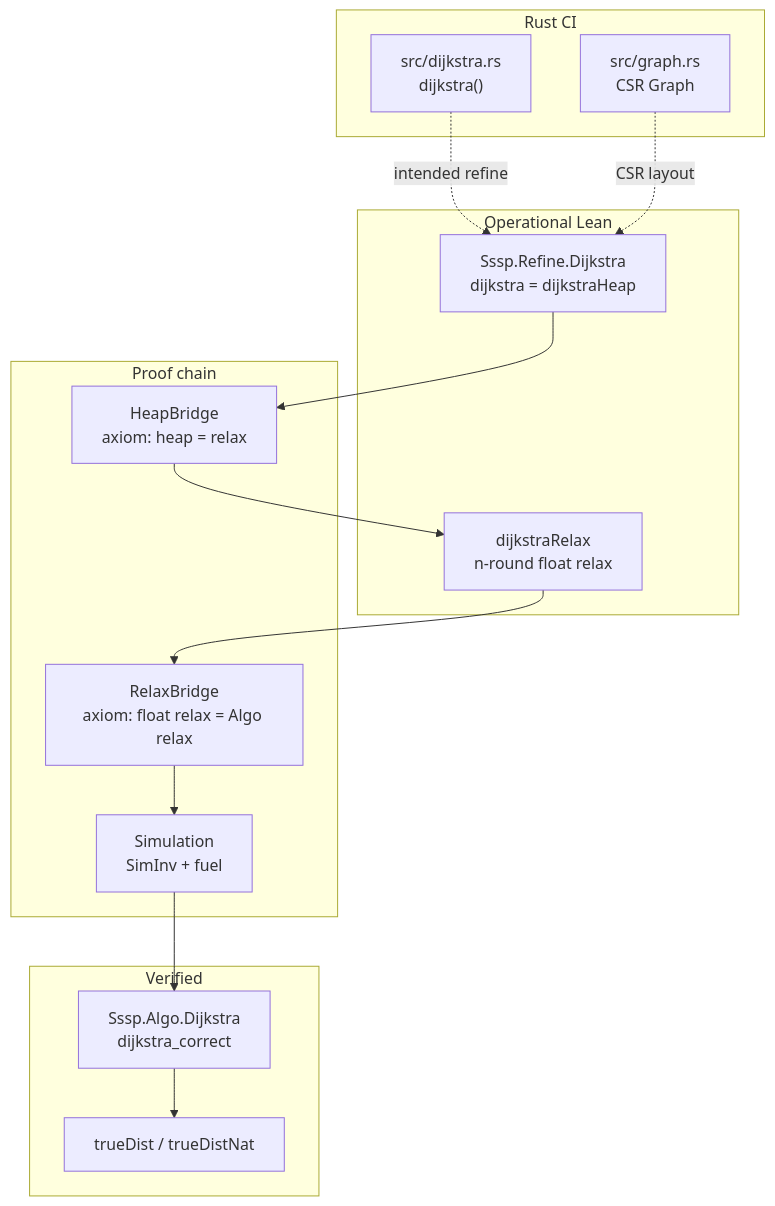
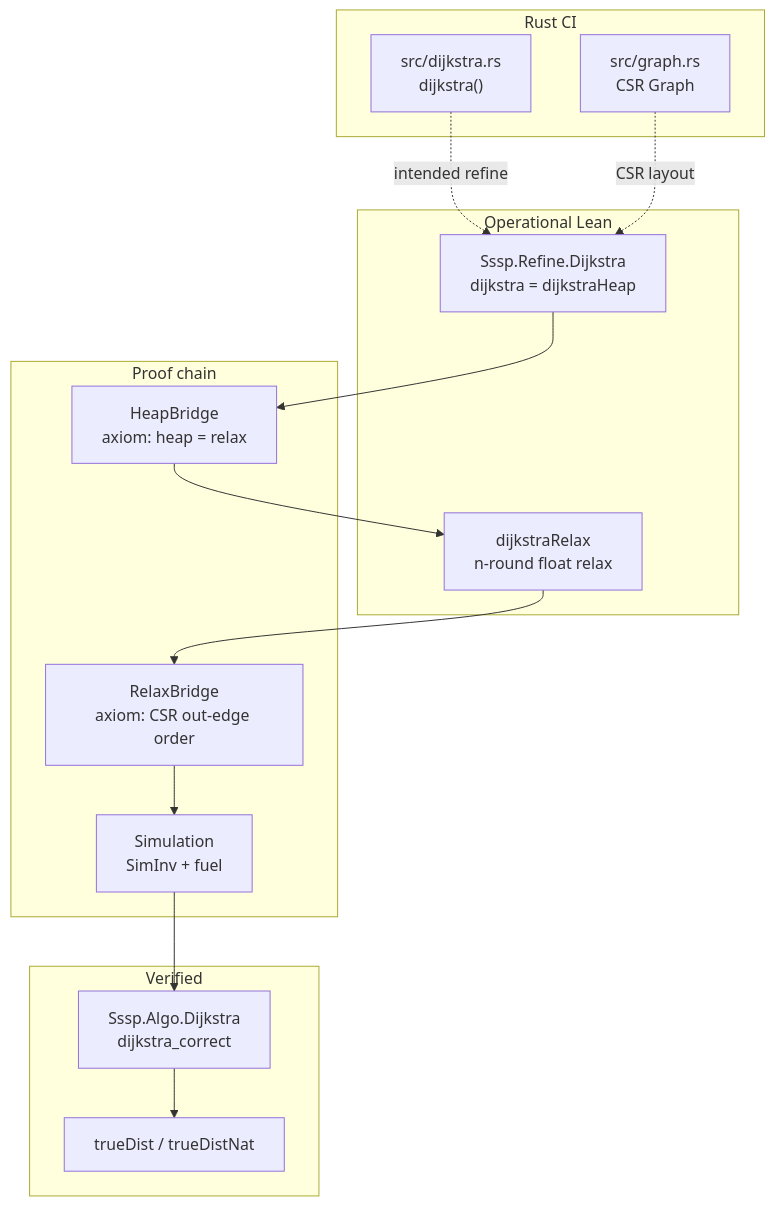
One commit to ilerik/graphs-bench changed the diagram in formal/VERIFICATION.md. Above: the diagram before and after it, drawn with Mermaid. The commit also changed other lines of this file and 5 other files, not shown here.

````diff
--- a/formal/VERIFICATION.md
+++ b/formal/VERIFICATION.md
@@ -10,23 +10,23 @@
 ```mermaid
 flowchart TB
   subgraph rust [Rust CI]
     RS["src/dijkstra.rs\ndijkstra()"]
     RG["src/graph.rs\nCSR Graph"]
   end
   subgraph refine [Operational Lean]
     RD["Sssp.Refine.Dijkstra\ndijkstra = dijkstraHeap"]
     RR["dijkstraRelax\nn-round float relax"]
   end
   subgraph proof [Proof chain]
     HB["HeapBridge\naxiom: heap = relax"]
-    RB["RelaxBridge\naxiom: float relax = Algo relax"]
+    RB["RelaxBridge\naxiom: CSR out-edge order"]
     SIM["Simulation\nSimInv + fuel"]
   end
   subgraph verified [Verified]
     AL["Sssp.Algo.Dijkstra\ndijkstra_correct"]
     TD["trueDist / trueDistNat"]
   end
   RS -. "intended refine" .-> RD
   RG -. "CSR layout" .-> RD
   RD --> HB --> RR --> RB --> SIM --> AL --> TD
 ```
````
